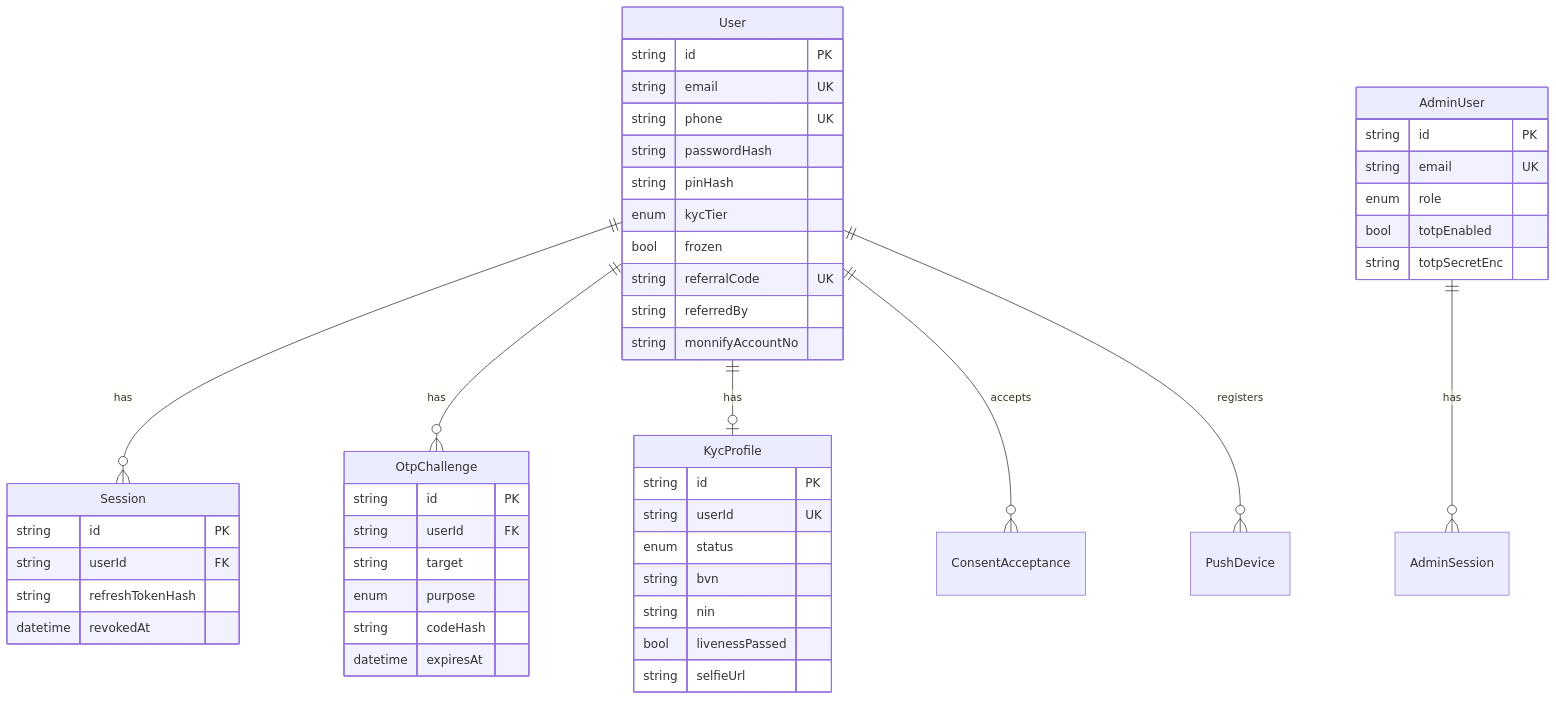
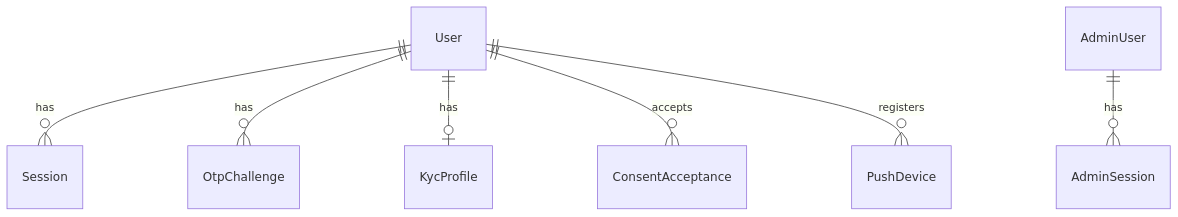
The third of 8 diagrams in docs/DATABASE.md (hafizsameer11/kipit-backend), drawn with Mermaid before and after one commit. The commit also changed other lines of this file, not shown here.

Commit message:
Expand database docs with FK map, cardinality, and per-table schema.

````diff
--- a/docs/DATABASE.md
+++ b/docs/DATABASE.md
@@ -84,56 +181,9 @@
 ```mermaid
 erDiagram
   User ||--o{ Session : has
   User ||--o{ OtpChallenge : has
   User ||--o| KycProfile : has
   User ||--o{ ConsentAcceptance : accepts
   User ||--o{ PushDevice : registers
   AdminUser ||--o{ AdminSession : has
-
-  User {
-    string id PK
-    string email UK
-    string phone UK
-    string passwordHash
-    string pinHash
-    enum kycTier
-    bool frozen
-    string referralCode UK
-    string referredBy
-    string monnifyAccountNo
-  }
-
-  Session {
-    string id PK
-    string userId FK
-    string refreshTokenHash
-    datetime revokedAt
-  }
-
-  OtpChallenge {
-    string id PK
-    string userId FK
-    string target
-    enum purpose
-    string codeHash
-    datetime expiresAt
-  }
-
-  KycProfile {
-    string id PK
-    string userId UK
-    enum status
-    string bvn
-    string nin
-    bool livenessPassed
-    string selfieUrl
-  }
-
-  AdminUser {
-    string id PK
-    string email UK
-    enum role
-    bool totpEnabled
-    string totpSecretEnc
-  }
 ```
````
